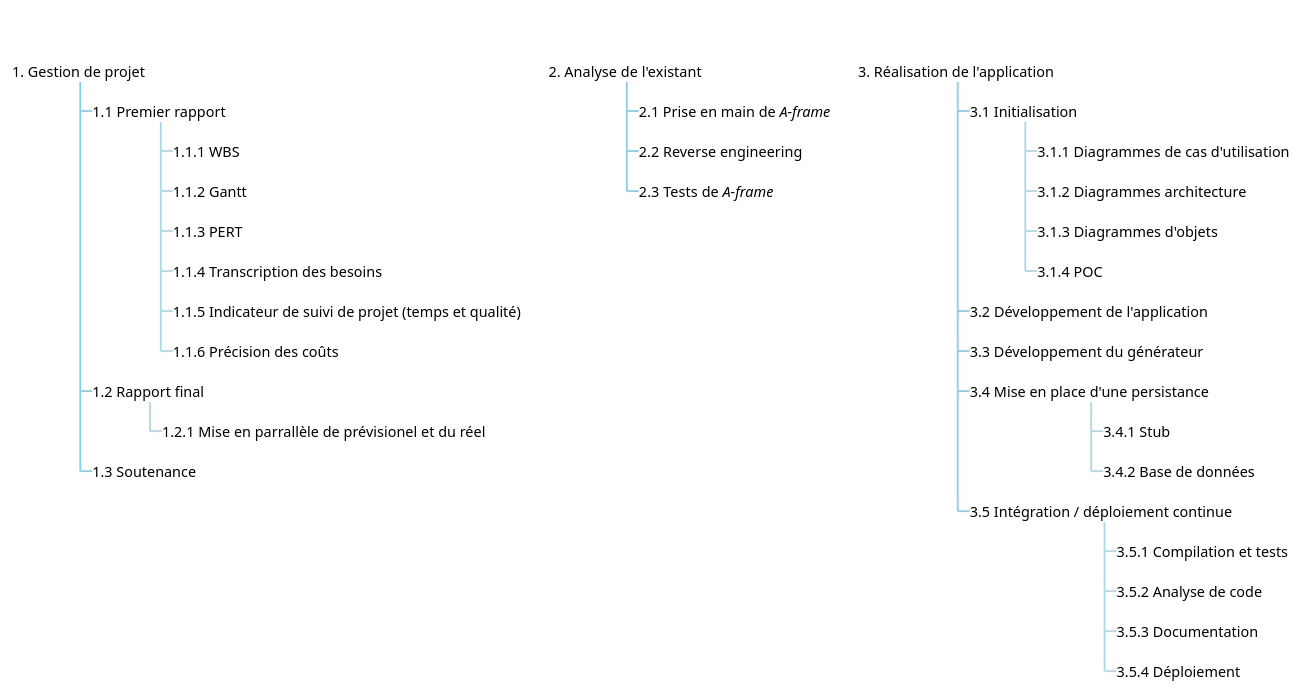
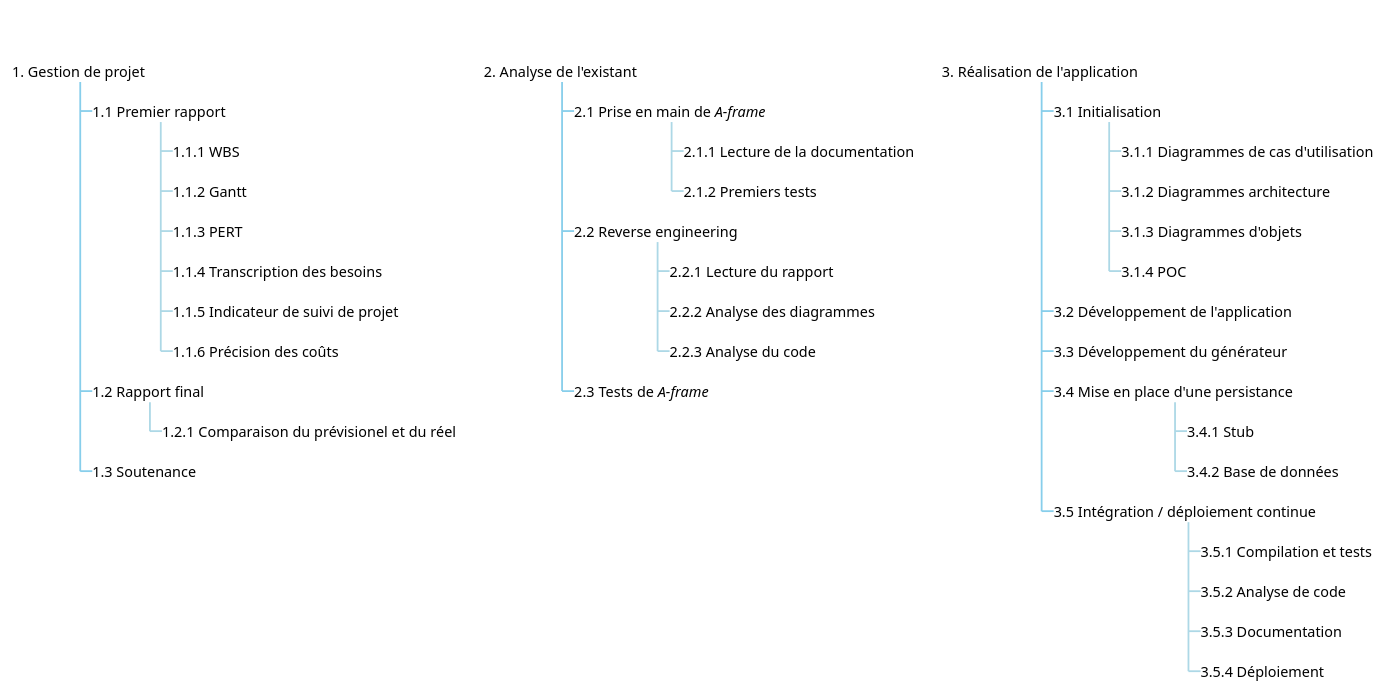
Before and after one commit to axdelafuen/archivr: the diagram in Diagrams/Management/wbs.md, drawn with PlantUML.

````diff
--- a/Diagrams/Management/wbs.md
+++ b/Diagrams/Management/wbs.md
@@ -1,56 +1,61 @@
 ```plantuml
 @startwbs
 
 <style>
 wbsDiagram {
   arrow {
     LineColor SkyBlue
   }
   :depth(0) {
       LineColor transparent
       FontColor transparent
   }
   arrow {
     :depth(2) {
       LineColor lightblue
     }
   } 
 }
 </style>
 *_ wbs
 **_ 1. Gestion de projet
 ***_ 1.1 Premier rapport
 ****_ 1.1.1 WBS
 ****_ 1.1.2 Gantt
 ****_ 1.1.3 PERT
 ****_ 1.1.4 Transcription des besoins
-****_ 1.1.5 Indicateur de suivi de projet (temps et qualité)
+****_ 1.1.5 Indicateur de suivi de projet 
 ****_ 1.1.6 Précision des coûts
 ***_ 1.2 Rapport final
-****_ 1.2.1 Mise en parrallèle de prévisionel et du réel
+****_ 1.2.1 Comparaison du prévisionel et du réel
 ***_ 1.3 Soutenance
 
 **_ 2. Analyse de l'existant
 ***_ 2.1 Prise en main de //A-frame//
+****_ 2.1.1 Lecture de la documentation
+****_ 2.1.2 Premiers tests
 ***_ 2.2 Reverse engineering
+****_ 2.2.1 Lecture du rapport
+****_ 2.2.2 Analyse des diagrammes
+****_ 2.2.3 Analyse du code
 ***_ 2.3 Tests de //A-frame//
 
 **_ 3. Réalisation de l'application
 ***_ 3.1 Initialisation
 ****_ 3.1.1 Diagrammes de cas d'utilisation
 ****_ 3.1.2 Diagrammes architecture
 ****_ 3.1.3 Diagrammes d'objets
 ****_ 3.1.4 POC
 ***_ 3.2 Développement de l'application
 ***_ 3.3 Développement du générateur
 ***_ 3.4 Mise en place d'une persistance
 ****_ 3.4.1 Stub
 ****_ 3.4.2 Base de données
 ***_ 3.5 Intégration / déploiement continue 
 ****_ 3.5.1 Compilation et tests
 ****_ 3.5.2 Analyse de code
 ****_ 3.5.3 Documentation
 ****_ 3.5.4 Déploiement
 
 @endwbs
 ```
````
